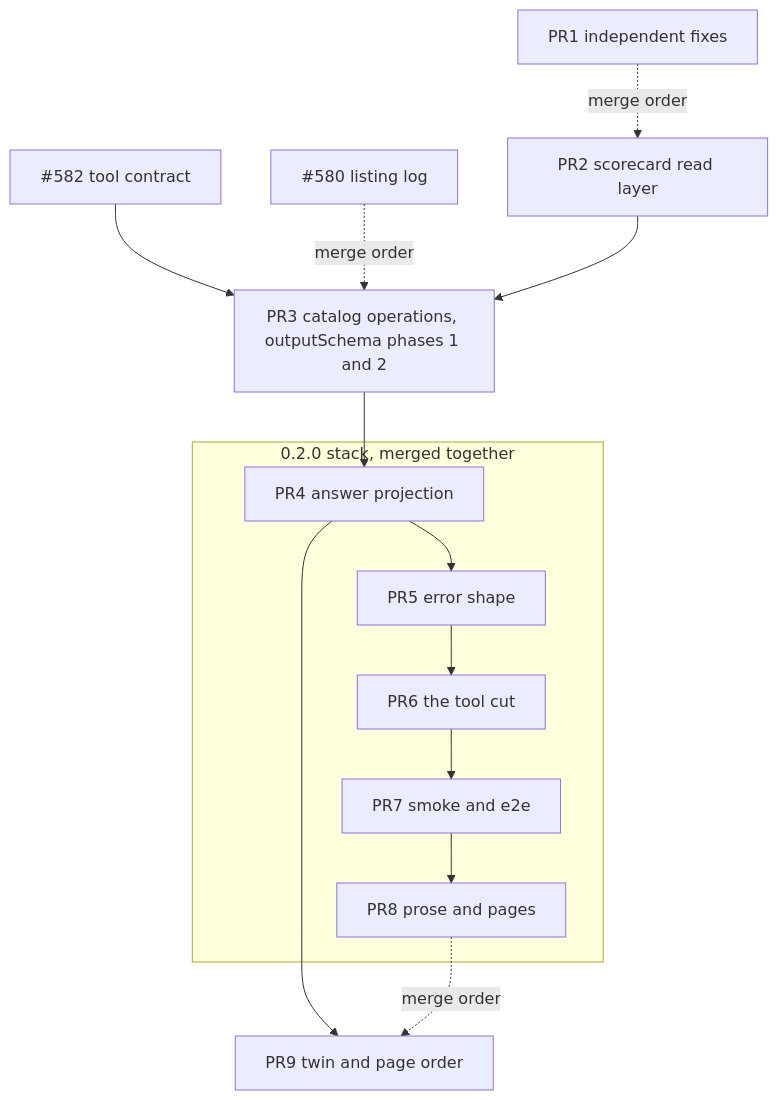
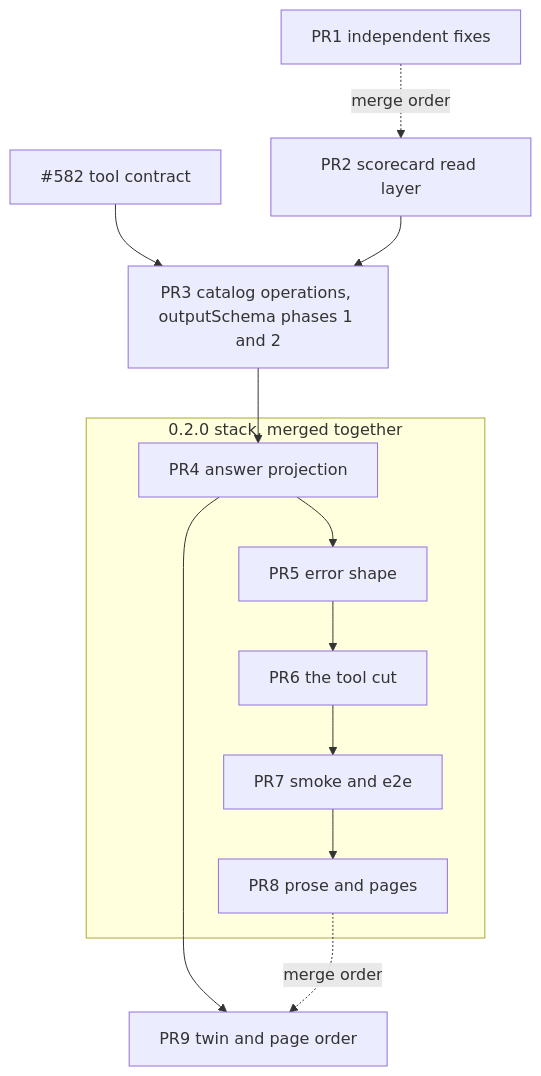
The third of 3 diagrams in docs/plans/2026-11-12-2154-feat-mcp-operation-layer-plan.md (brettdavies/agentnative-site), drawn with Mermaid before and after one commit. The commit also changed other lines of this file, not shown here.

First line of the commit message:
docs(plans): log the eng review start on the operation layer plan

````diff
--- a/docs/plans/2026-11-12-2154-feat-mcp-operation-layer-plan.md
+++ b/docs/plans/2026-11-12-2154-feat-mcp-operation-layer-plan.md
@@ -326,13 +326,12 @@
 ```mermaid
 flowchart TB
   X582[#582 tool contract] --> PR3
-  X580[#580 listing log] -.merge order.-> PR3
   PR1[PR1 independent fixes] -.merge order.-> PR2
   PR2[PR2 scorecard read layer] --> PR3[PR3 catalog operations, outputSchema phases 1 and 2]
   PR3 --> PR4
   subgraph Stack[0.2.0 stack, merged together]
     PR4[PR4 answer projection] --> PR5[PR5 error shape] --> PR6[PR6 the tool cut] --> PR7[PR7 smoke and e2e] --> PR8[PR8 prose and pages]
   end
   PR4 --> PR9[PR9 twin and page order]
   PR8 -.merge order.-> PR9
 ```
````
